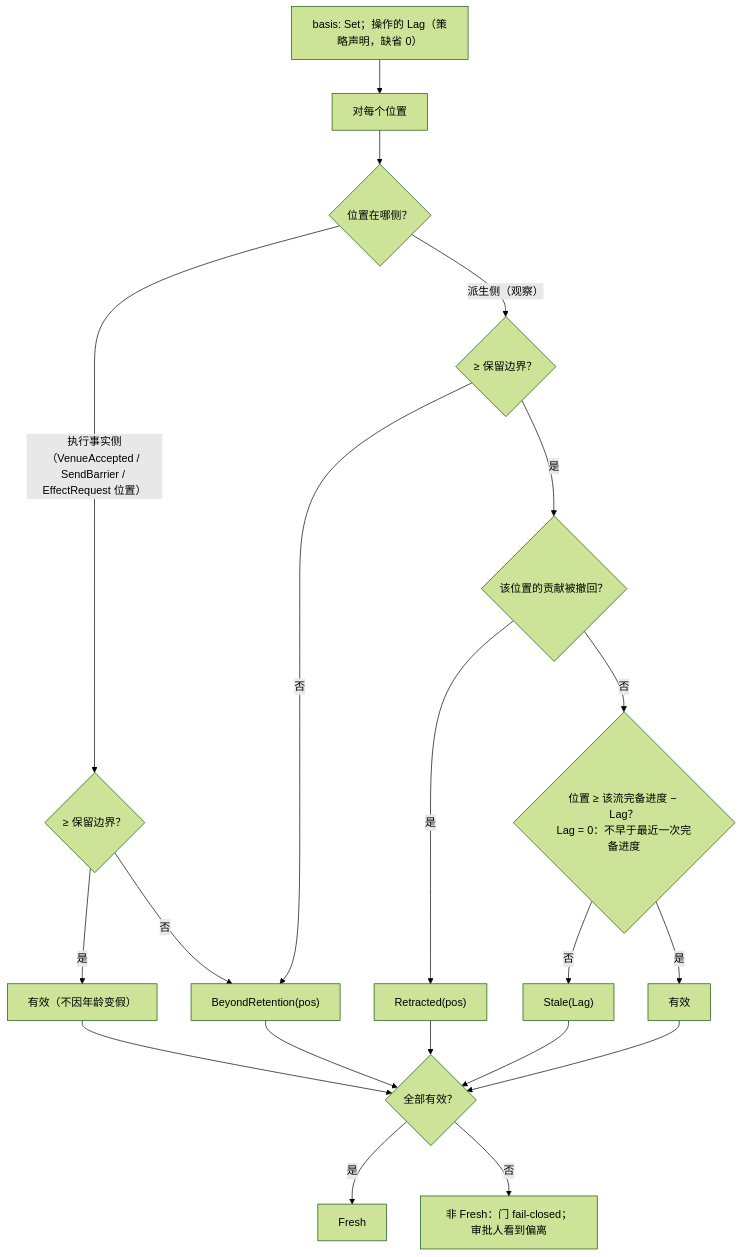
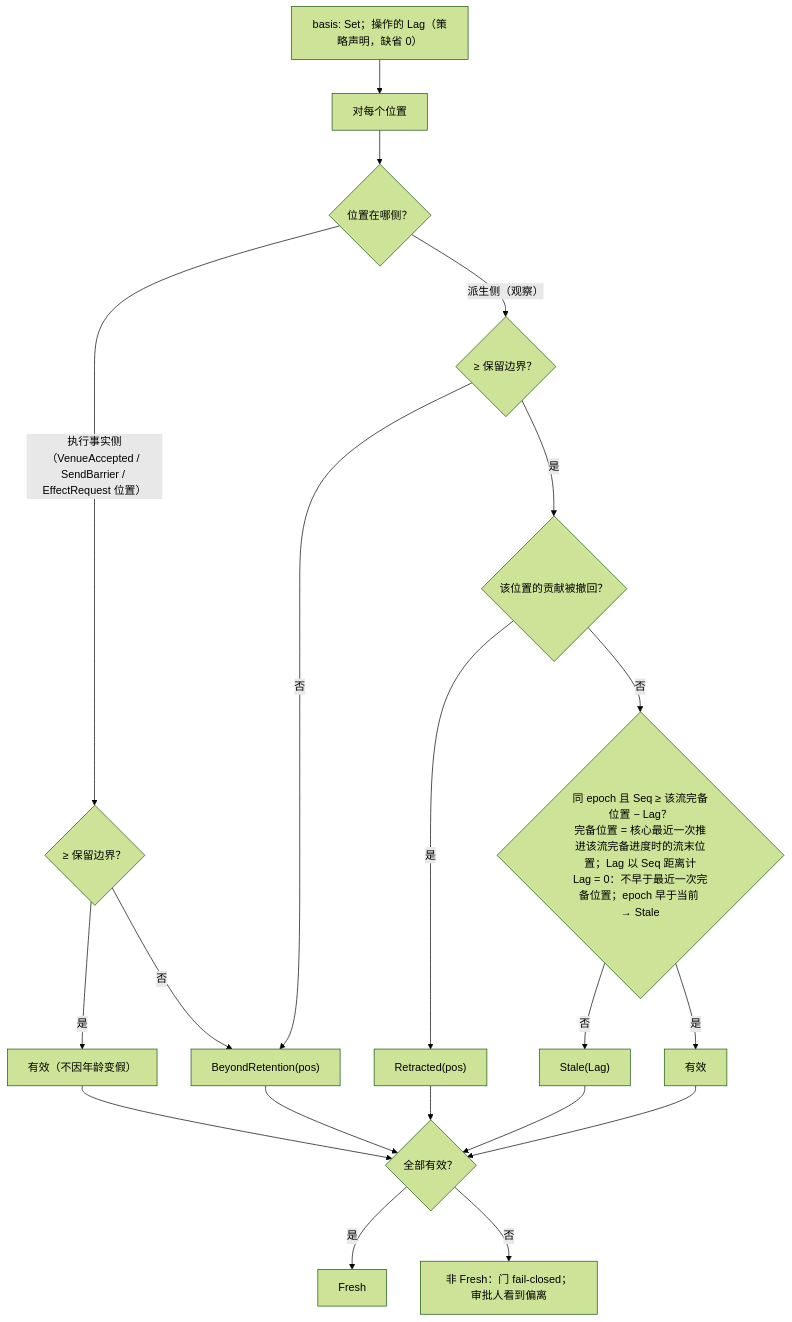
Before and after one commit to mouriya-s-lab/uta: the third of 3 diagrams in design/diagrams/08-retention-and-references.md, drawn with Mermaid (forest theme). The commit also changed 9 other files, not shown here.

Commit message:
设计：并入 astra 复核——腿身份 AttemptRef、回执/证据字节归执行事实、EffectResponse 完成事实、AwaitingTargetTerminal 有界出口、ReconciliationReopened 重开取证、取证记录矩阵（Unavailable 不算取证）、lane 集合语义贯通、恢复先判 Resolved、alignment 读当前流末 + checked_as_of、一版一决 Conflict(AlreadyDecided)、Lag/完备位置切面、唯一边=类型依赖与语义消费、XA 类比改设计标签；图 D1–D9 同步

````diff
--- a/design/diagrams/08-retention-and-references.md
+++ b/design/diagrams/08-retention-and-references.md
@@ -69,23 +69,23 @@
 ```mermaid
 flowchart TB
   IN["basis: Set<LogPosition>；操作的 Lag（策略声明，缺省 0）"]
   IN --> EACH["对每个位置"]
   EACH --> SIDE{"位置在哪侧？"}
   SIDE -->|"执行事实侧（VenueAccepted / SendBarrier / EffectRequest 位置）"| E1{"≥ 保留边界？"}
   E1 -->|"是"| EOK["有效（不因年龄变假）"]
   E1 -->|"否"| BR["BeyondRetention(pos)"]
   SIDE -->|"派生侧（观察）"| D1{"≥ 保留边界？"}
   D1 -->|"否"| BR
   D1 -->|"是"| D2{"该位置的贡献被撤回？"}
   D2 -->|"是"| RT["Retracted(pos)"]
-  D2 -->|"否"| D3{"位置 ≥ 该流完备进度 − Lag？<br/>Lag = 0：不早于最近一次完备进度"}
+  D2 -->|"否"| D3{"同 epoch 且 Seq ≥ 该流完备位置 − Lag？<br/>完备位置 = 核心最近一次推进该流完备进度时的流末位置；Lag 以 Seq 距离计<br/>Lag = 0：不早于最近一次完备位置；epoch 早于当前 → Stale"}
   D3 -->|"否"| ST["Stale(Lag)"]
   D3 -->|"是"| DOK["有效"]
   EOK --> AGG
   DOK --> AGG
   AGG{"全部有效？"} -->|"是"| FRESH["Fresh"]
   AGG -->|"否"| NOT["非 Fresh：门 fail-closed；审批人看到偏离"]
   BR --> AGG
   RT --> AGG
   ST --> AGG
 ```
````
